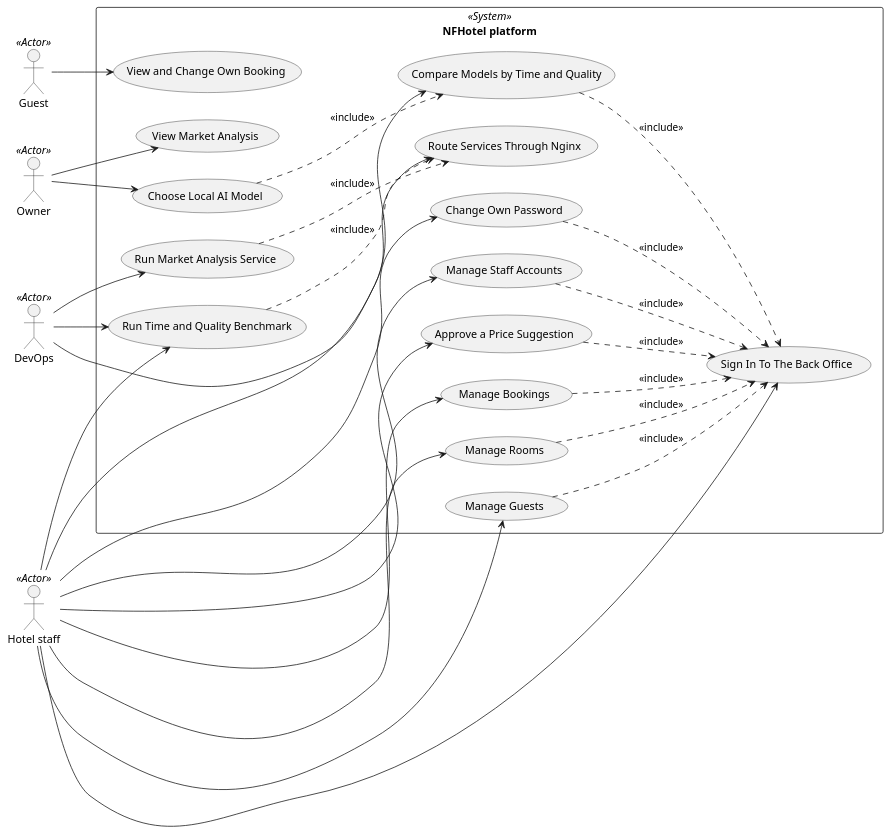
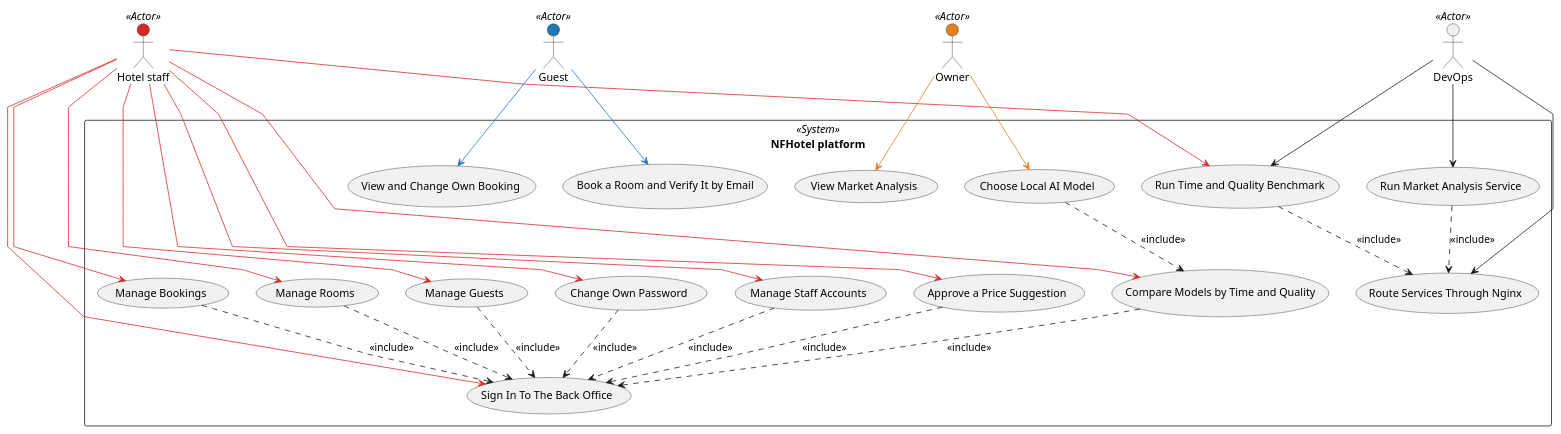
One commit to NF-Hotel/NFHotel changed the diagram in docs/use-case-diagram.md. Above: the diagram before and after it, drawn with PlantUML. The commit also changed other lines of this file and 25 other files, not shown here.

````diff
--- a/docs/use-case-diagram.md
+++ b/docs/use-case-diagram.md
@@ -31,50 +31,52 @@
 ```plantuml
 @startuml
-left to right direction
-actor "Owner" as Owner <<Actor>>
+skinparam linetype polyline
 actor "DevOps" as DevOps <<Actor>>
-actor "Hotel staff" as Staff <<Actor>>
-actor "Guest" as Guest <<Actor>>
+actor "Guest" as Guest <<Actor>> #1F77B4
+actor "Owner" as Owner <<Actor>> #E67E22
+actor "Hotel staff" as Staff <<Actor>> #D62728
 rectangle "NFHotel platform" <<System>> {
+  usecase "Run Market Analysis Service" as UC5
+  usecase "Run Time and Quality Benchmark" as UC4
+  usecase "Route Services Through Nginx" as UC3
+  usecase "View and Change Own Booking" as UC14
+  usecase "Book a Room and Verify It by Email" as UC15
   usecase "View Market Analysis" as UC1
   usecase "Choose Local AI Model" as UC2
-  usecase "Route Services Through Nginx" as UC3
-  usecase "Run Time and Quality Benchmark" as UC4
-  usecase "Run Market Analysis Service" as UC5
   usecase "Compare Models by Time and Quality" as UC6
   usecase "Manage Bookings" as UC7
   usecase "Manage Rooms" as UC8
   usecase "Manage Guests" as UC9
-  usecase "Sign In To The Back Office" as UC10
   usecase "Change Own Password" as UC11
   usecase "Manage Staff Accounts" as UC12
   usecase "Approve a Price Suggestion" as UC13
-  usecase "View and Change Own Booking" as UC14
+  usecase "Sign In To The Back Office" as UC10
 }
-Owner --> UC1
-Owner --> UC2
+Owner -[#E67E22]-> UC1
+Owner -[#E67E22]-> UC2
 DevOps --> UC3
 DevOps --> UC4
 DevOps --> UC5
-Staff --> UC4
-Staff --> UC6
-Staff --> UC7
-Staff --> UC8
-Staff --> UC9
-Staff --> UC10
-Staff --> UC11
-Staff --> UC12
-Staff --> UC13
-Guest --> UC14
+Staff -[#D62728]-> UC4
+Staff -[#D62728]-> UC6
+Staff -[#D62728]-> UC7
+Staff -[#D62728]-> UC8
+Staff -[#D62728]-> UC9
+Staff -[#D62728]-> UC10
+Staff -[#D62728]-> UC11
+Staff -[#D62728]-> UC12
+Staff -[#D62728]-> UC13
+Guest -[#1F77B4]-> UC14
+Guest -[#1F77B4]-> UC15
 UC7 ..> UC10 : <<include>>
 UC8 ..> UC10 : <<include>>
 UC11 ..> UC10 : <<include>>
 UC12 ..> UC10 : <<include>>
 UC13 ..> UC10 : <<include>>
 UC6 ..> UC10 : <<include>>
 UC9 ..> UC10 : <<include>>
 UC2 ..> UC6 : <<include>>
 UC4 ..> UC3 : <<include>>
 UC5 ..> UC3 : <<include>>
 @enduml
 ```
````
